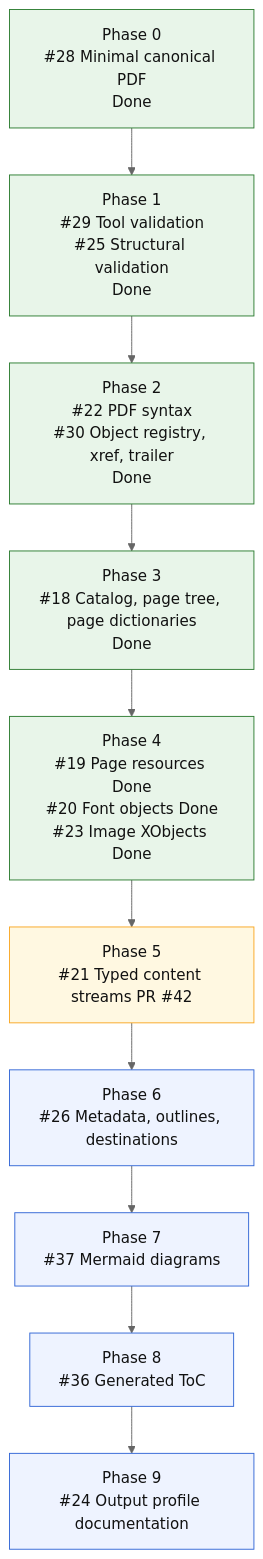
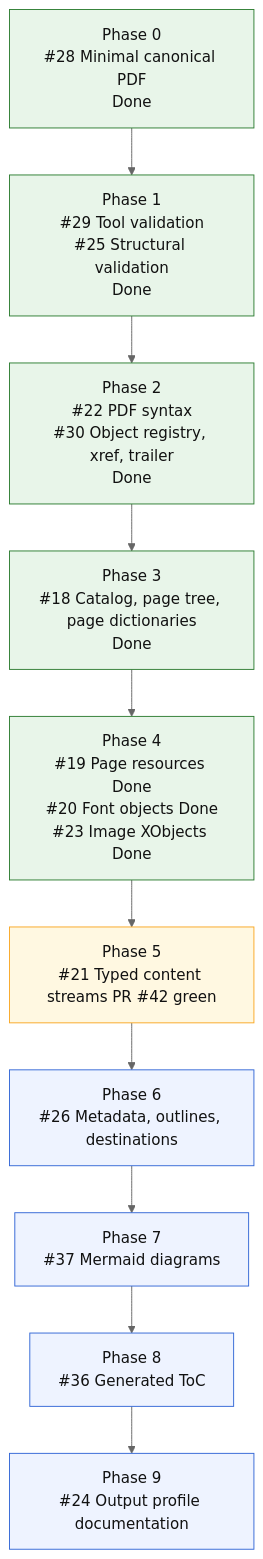
The diagram in README.md (mihaelamj/MarkdownPDF), drawn with Mermaid (neutral theme) before and after one commit.

Commit message:
docs(readme): mark content streams ci green

````diff
--- a/README.md
+++ b/README.md
@@ -126,22 +126,22 @@
 ```mermaid
 flowchart TD
     P0["Phase 0<br/>#28 Minimal canonical PDF<br/>Done"]
     P1["Phase 1<br/>#29 Tool validation<br/>#25 Structural validation<br/>Done"]
     P2["Phase 2<br/>#22 PDF syntax<br/>#30 Object registry, xref, trailer<br/>Done"]
     P3["Phase 3<br/>#18 Catalog, page tree, page dictionaries<br/>Done"]
     P4["Phase 4<br/>#19 Page resources Done<br/>#20 Font objects Done<br/>#23 Image XObjects Done"]
-    P5["Phase 5<br/>#21 Typed content streams PR #42"]
+    P5["Phase 5<br/>#21 Typed content streams PR #42 green"]
     P6["Phase 6<br/>#26 Metadata, outlines, destinations"]
     P7["Phase 7<br/>#37 Mermaid diagrams"]
     P8["Phase 8<br/>#36 Generated ToC"]
     P9["Phase 9<br/>#24 Output profile documentation"]
 
     P0 --> P1 --> P2 --> P3 --> P4 --> P5 --> P6 --> P7 --> P8 --> P9
 
     classDef done fill:#e8f5e9,stroke:#2e7d32,color:#111;
     classDef next fill:#fff8e1,stroke:#f9a825,color:#111;
     classDef todo fill:#eef3ff,stroke:#3367d6,color:#111;
     class P0,P1,P2,P3,P4 done;
     class P5 next;
     class P6,P7,P8,P9 todo;
 ```
````
